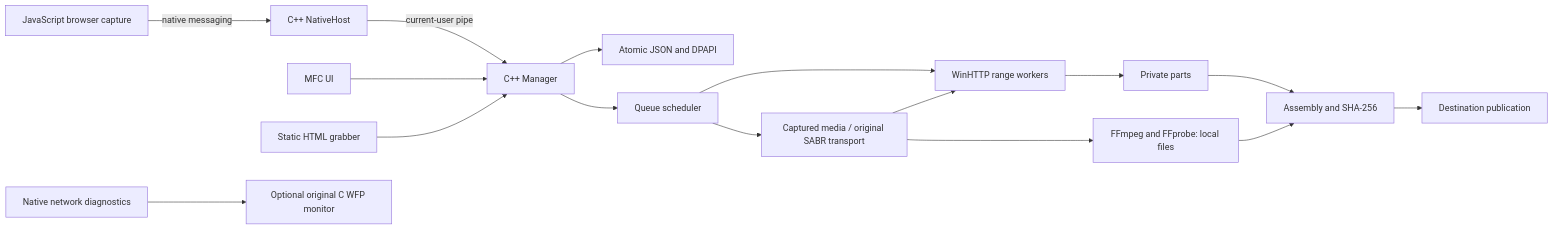
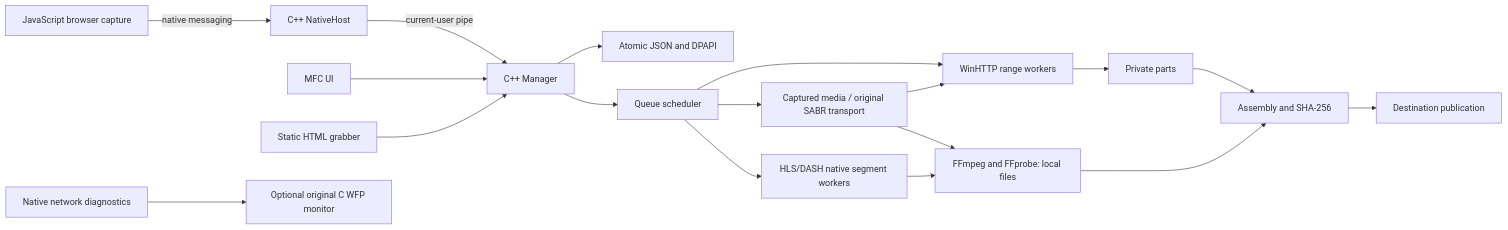
One commit to usamakkhan/UDM changed the diagram in docs/architecture.md. Above: the diagram before and after it, drawn with Mermaid. The commit also changed other lines of this file and 40 other files, not shown here.

````diff
--- a/docs/architecture.md
+++ b/docs/architecture.md
@@ -3,18 +3,20 @@
 ```mermaid
 flowchart LR
  B[JavaScript browser capture] -->|native messaging| H[C++ NativeHost]
  H -->|current-user pipe| M[C++ Manager]
  U[MFC UI] --> M
  M --> S[Atomic JSON and DPAPI]
  M --> Q[Queue scheduler]
  Q --> T[WinHTTP range workers]
  Q --> C[Captured media / original SABR transport]
+ Q --> A[HLS/DASH native segment workers]
+ A --> F
  C --> T
  T --> P[Private parts]
  P --> V[Assembly and SHA-256]
  C --> F[FFmpeg and FFprobe: local files]
  F --> V
  V --> O[Destination publication]
  G[Static HTML grabber] --> M
  N[Native network diagnostics] --> W[Optional original C WFP monitor]
 ```
````
